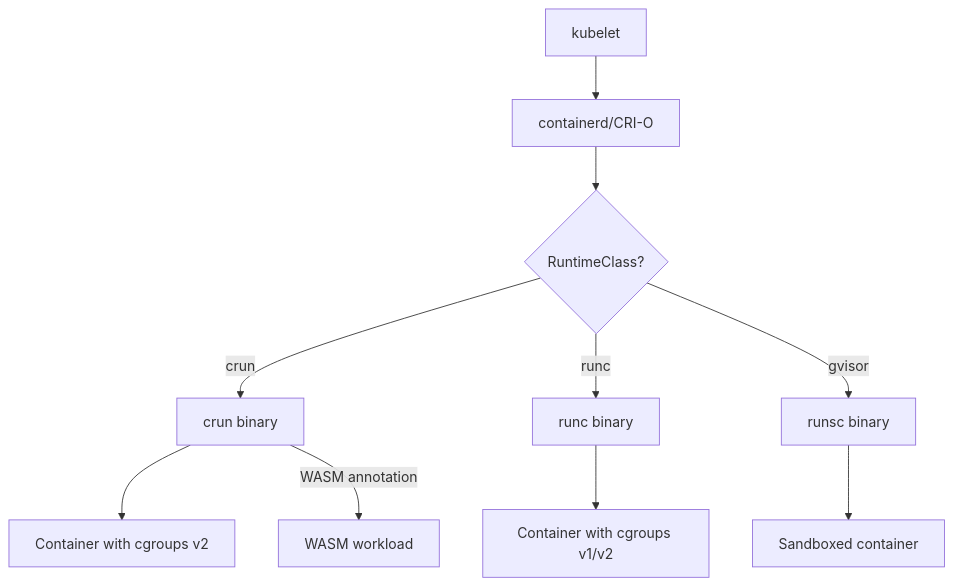
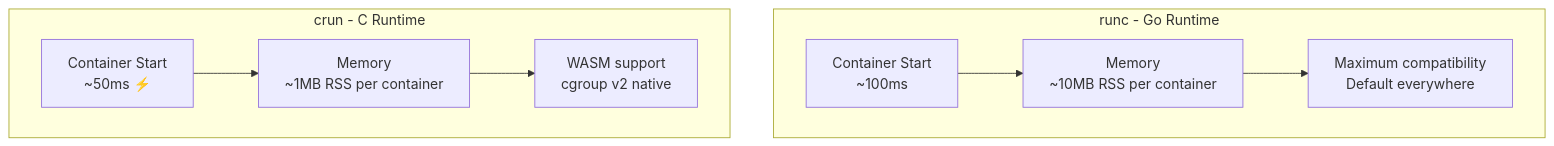
Before and after one commit to greg4fun/kubernetesrecipes.github.io: the diagram in src/content/recipes/crun-vs-runc-container-runtime.md, drawn with Mermaid. The commit also changed other lines of this file and 47 other files, not shown here.

````diff
--- a/src/content/recipes/crun-vs-runc-container-runtime.md
+++ b/src/content/recipes/crun-vs-runc-container-runtime.md
@@ -167,14 +101,11 @@
 ```mermaid
 graph TD
-    A[kubelet] --> B[containerd/CRI-O]
-    B --> C{RuntimeClass?}
-    C -->|crun| D[crun binary]
-    C -->|runc| E[runc binary]
-    C -->|gvisor| F[runsc binary]
-    
-    D --> G[Container with cgroups v2]
-    E --> H[Container with cgroups v1/v2]
-    F --> I[Sandboxed container]
-    
-    D -->|WASM annotation| J[WASM workload]
+    subgraph runc - Go Runtime
+        R_START[Container Start<br/>~100ms] --> R_MEM[Memory<br/>~10MB RSS per container]
+        R_MEM --> R_COMPAT[Maximum compatibility<br/>Default everywhere]
+    end
+    subgraph crun - C Runtime
+        C_START[Container Start<br/>~50ms ⚡] --> C_MEM[Memory<br/>~1MB RSS per container]
+        C_MEM --> C_FEAT[WASM support<br/>cgroup v2 native]
+    end
 ```
````
